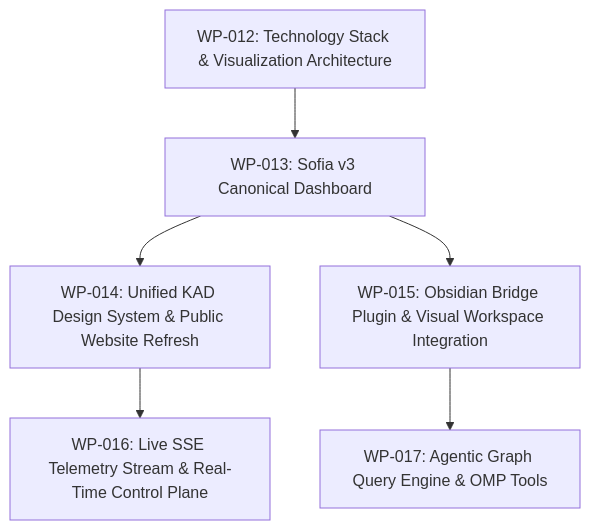
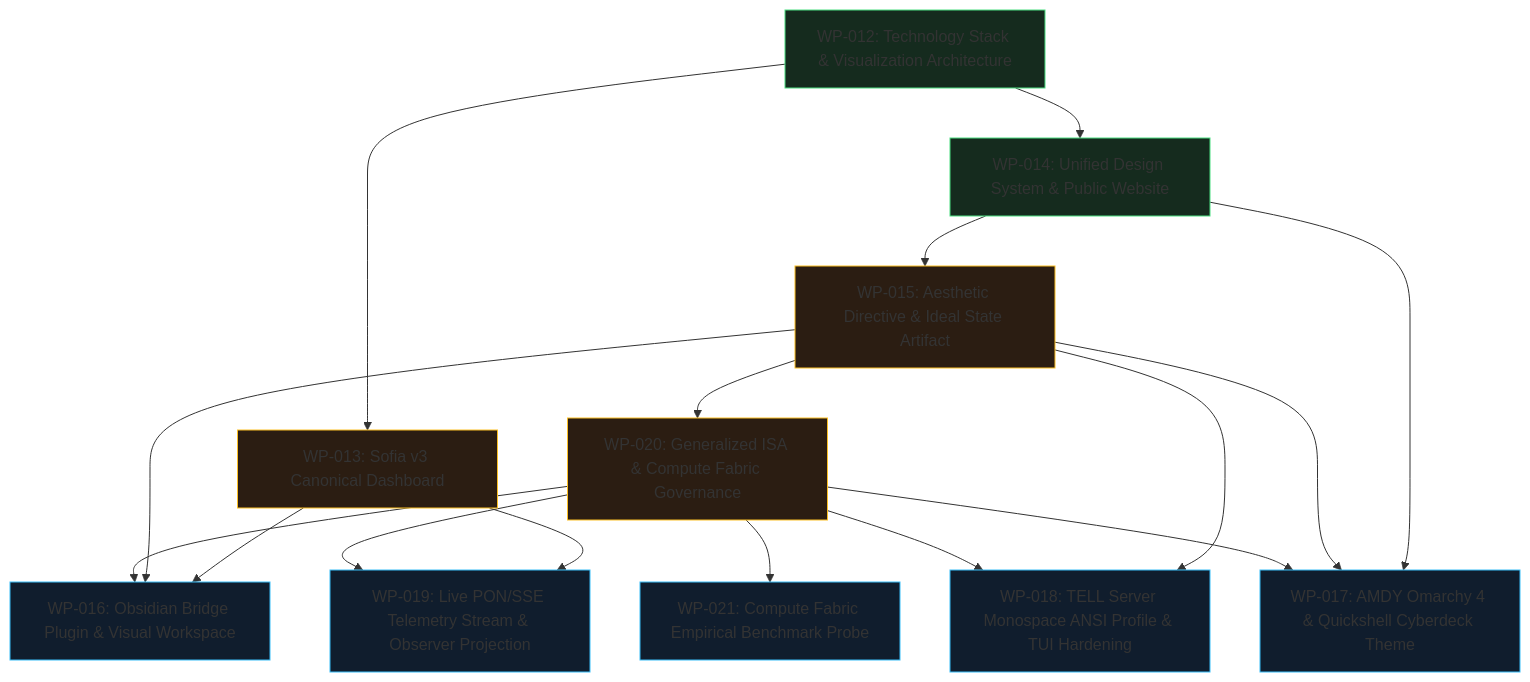
Before and after one commit to aysha-oztoprakoc/kad-pi: the diagram in docs/architecture/NEXT_WORKPACKAGE_ROADMAP.md, drawn with Mermaid. The commit also changed other lines of this file and 16 other files, not shown here.

Commit message:
feat(kad): reconcile reserved WP-016..019 roadmap contracts with Generalized ISA and Compute Fabric governance

````diff
--- a/docs/architecture/NEXT_WORKPACKAGE_ROADMAP.md
+++ b/docs/architecture/NEXT_WORKPACKAGE_ROADMAP.md
@@ -7,8 +17,31 @@
 ```mermaid
 graph TD
     WP012[WP-012: Technology Stack & Visualization Architecture] --> WP013[WP-013: Sofia v3 Canonical Dashboard]
-    WP013 --> WP014[WP-014: Unified KAD Design System & Public Website Refresh]
-    WP013 --> WP015[WP-015: Obsidian Bridge Plugin & Visual Workspace Integration]
-    WP014 --> WP016[WP-016: Live SSE Telemetry Stream & Real-Time Control Plane]
-    WP015 --> WP017[WP-017: Agentic Graph Query Engine & OMP Tools]
+    WP012 --> WP014[WP-014: Unified Design System & Public Website]
+    WP014 --> WP015[WP-015: Aesthetic Directive & Ideal State Artifact]
+    WP015 --> WP020[WP-020: Generalized ISA & Compute Fabric Governance]
+
+    WP013 --> WP016[WP-016: Obsidian Bridge Plugin & Visual Workspace]
+    WP015 --> WP016
+    WP020 --> WP016
+
+    WP014 --> WP017[WP-017: AMDY Omarchy 4 & Quickshell Cyberdeck Theme]
+    WP015 --> WP017
+    WP020 --> WP017
+
+    WP015 --> WP018[WP-018: TELL Server Monospace ANSI Profile & TUI Hardening]
+    WP020 --> WP018
+
+    WP013 --> WP019[WP-019: Live PON/SSE Telemetry Stream & Observer Projection]
+    WP020 --> WP019
+
+    WP020 --> WP021[WP-021: Compute Fabric Empirical Benchmark Probe]
+
+    classDef accepted fill:#152b1e,stroke:#4ade80,stroke-width:1px;
+    classDef review fill:#2b1d12,stroke:#fbbf24,stroke-width:1px;
+    classDef ready fill:#101d2d,stroke:#38bdf8,stroke-width:1px;
+
+    class WP012,WP014 accepted;
+    class WP013,WP015,WP020 review;
+    class WP016,WP017,WP018,WP019,WP021 ready;
 ```
````
